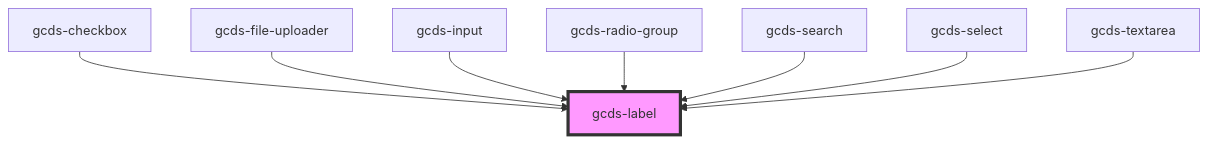
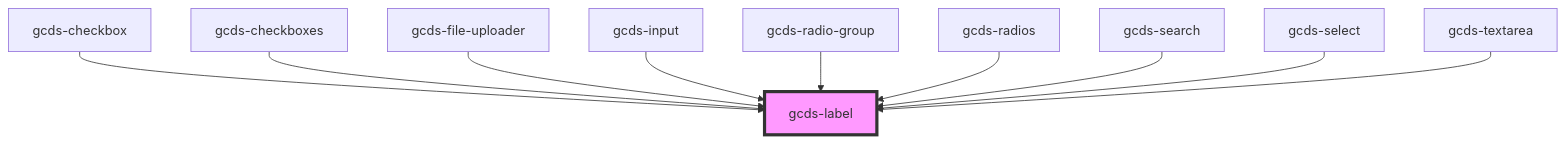
Before and after one commit to cds-snc/gcds-components: the diagram in packages/web/src/components/gcds-label/readme.md, drawn with Mermaid. The commit also changed other lines of this file and 49 other files, not shown here.

First line of the commit message:
feat: Rework fieldset and new gcds-radios and gcds-checkboxes components (#845)

````diff
--- a/packages/web/src/components/gcds-label/readme.md
+++ b/packages/web/src/components/gcds-label/readme.md
@@ -31,11 +33,13 @@
 ```mermaid
 graph TD;
   gcds-checkbox --> gcds-label
+  gcds-checkboxes --> gcds-label
   gcds-file-uploader --> gcds-label
   gcds-input --> gcds-label
   gcds-radio-group --> gcds-label
+  gcds-radios --> gcds-label
   gcds-search --> gcds-label
   gcds-select --> gcds-label
   gcds-textarea --> gcds-label
   style gcds-label fill:#f9f,stroke:#333,stroke-width:4px
 ```
````
